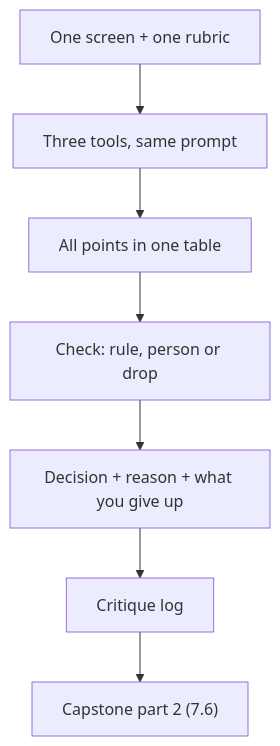
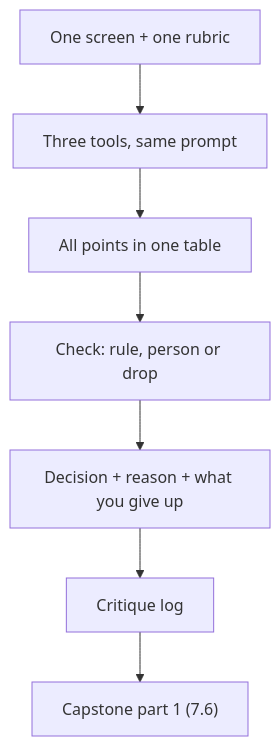
Before and after one commit to devweekends/Buildment: the diagram in courses/product-sense/06-ai-design-tools/06.04-practice-a-three-opinion-critique.md, drawn with Mermaid. The commit also changed other lines of this file and 21 other files, not shown here.

````diff
--- a/courses/product-sense/06-ai-design-tools/06.04-practice-a-three-opinion-critique.md
+++ b/courses/product-sense/06-ai-design-tools/06.04-practice-a-three-opinion-critique.md
@@ -20,9 +20,9 @@
 ```mermaid
 flowchart TD
   S["One screen + one rubric"] --> T["Three tools, same prompt"]
   T --> P["All points in one table"]
   P --> C["Check: rule, person or drop"]
   C --> D["Decision + reason + what you give up"]
   D --> L["Critique log"]
-  L --> K["Capstone part 2 (7.6)"]
+  L --> K["Capstone part 1 (7.6)"]
 ```
````
